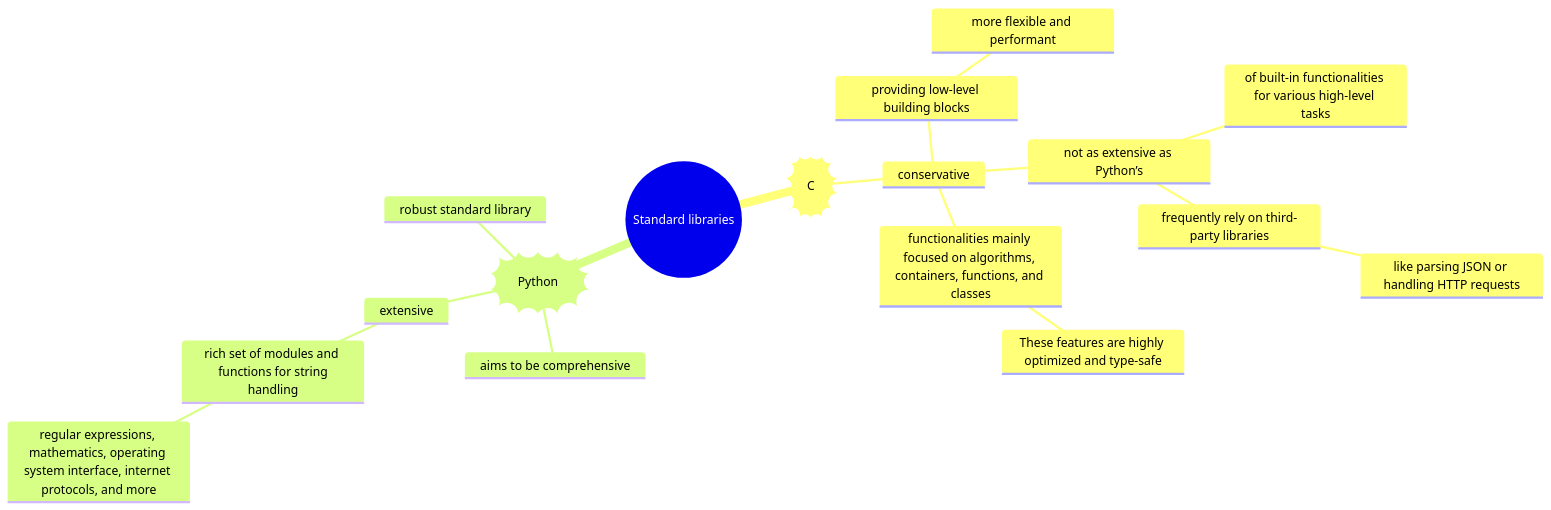
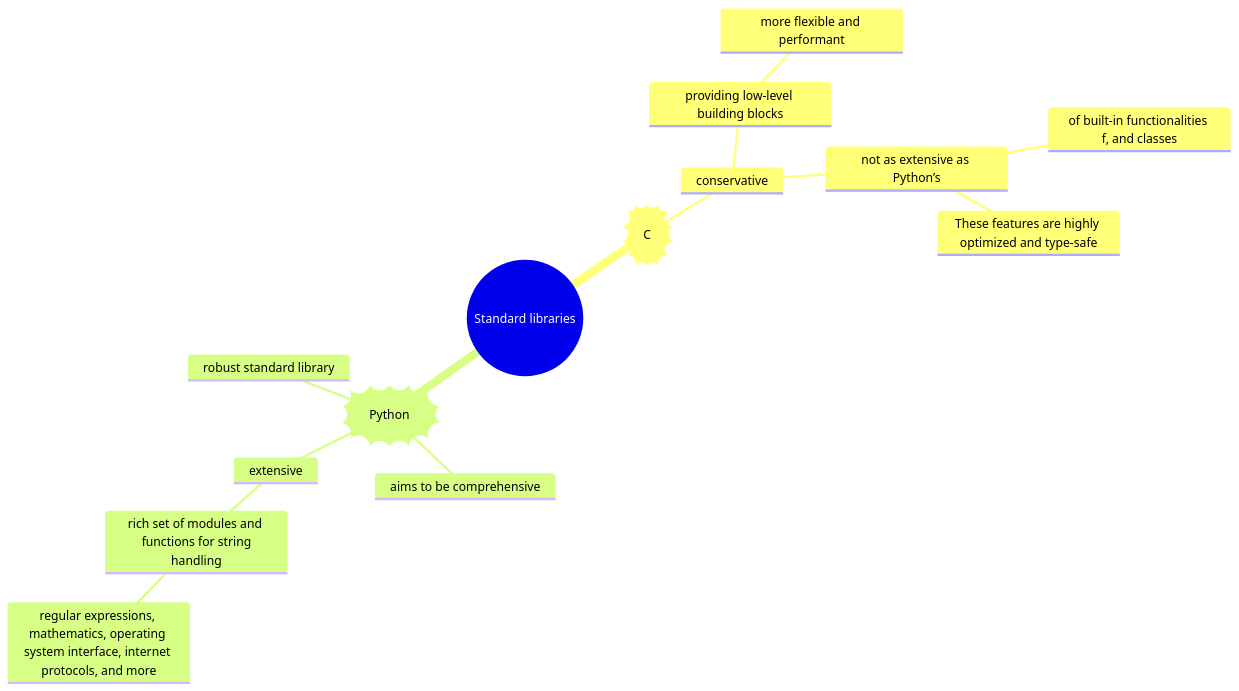
Before and after one commit to ProGamerXbox/ComputerScience: the diagram in other projects/C_learning/standard_libraries.md, drawn with Mermaid. The commit also changed other lines of this file, not shown here.

````diff
--- a/other projects/C_learning/standard_libraries.md
+++ b/other projects/C_learning/standard_libraries.md
@@ -5,21 +5,18 @@
 ```mermaid
 mindmap
     root((Standard libraries))
         id))C((
             conservative
                 providing low-level building blocks
                     more flexible and performant
                 not as extensive as Python’s
-                    of built-in functionalities for various high-level tasks
-                    frequently rely on third-party libraries
-                        like parsing JSON or handling HTTP requests
-                functionalities mainly focused on algorithms, containers, functions, and classes
+                    of built-in functionalities f, and classes
                     These features are highly optimized and type-safe
         id))Python((
             aims to be comprehensive
             extensive
                 rich set of modules and <br> functions for string handling
                     regular expressions, mathematics, operating system interface, internet protocols, and more
             robust standard library
 
 ```
````
